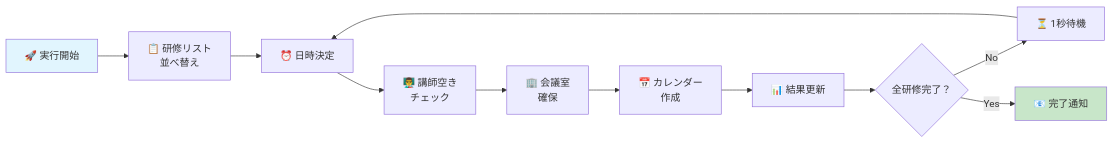
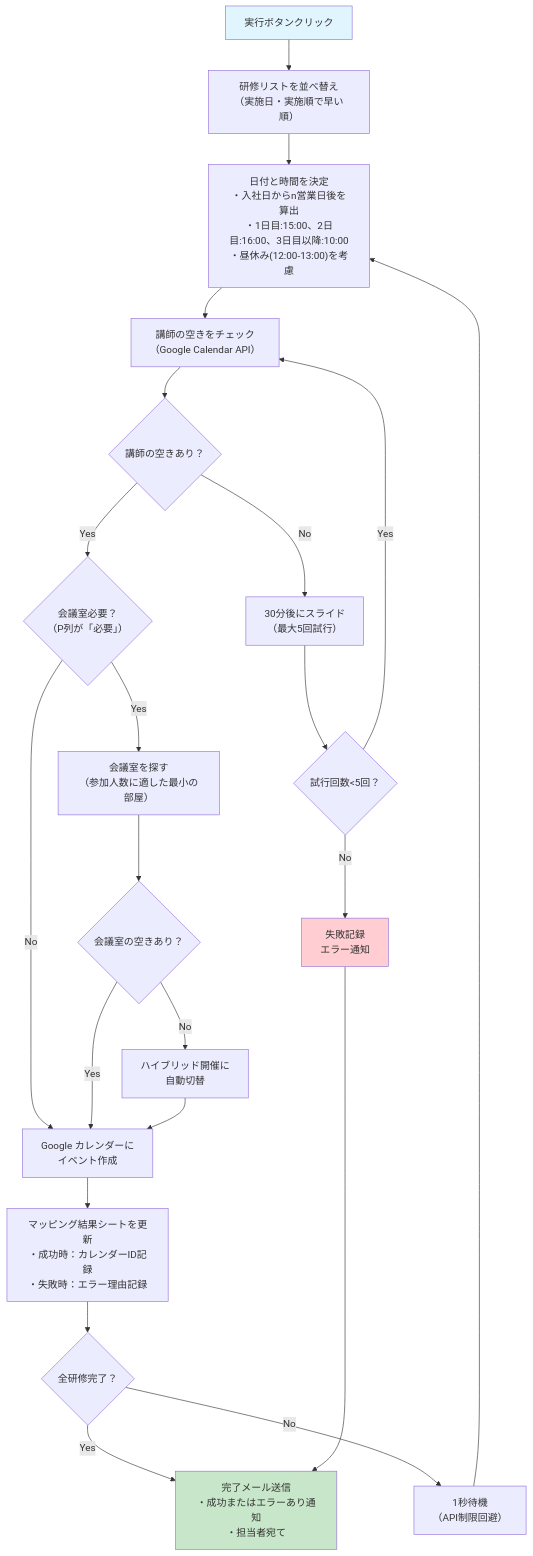
Diagram 11 of 11 in gas_calendar_automation.md (YutaImai-FLUX/flux_onb_automate), drawn with Mermaid before and after one commit. The commit also changed other lines of this file, not shown here.

Commit message:
目次9「業務改善インパクト」章を削除 - As-is/To-be観点での詳細な業務改善効果分析を削除 - 作業時間削減、ヒューマンエラー撲滅、コスト削減効果等の定量分析を削除 - ROI分析と投資対効果の詳細計算を削除 - ユーザーの要求により該当章を完全に削除

````diff
--- a/gas_calendar_automation.md
+++ b/gas_calendar_automation.md
@@ -739,16 +738,28 @@
 ```mermaid
-flowchart LR
-    A["🚀 実行開始"] --> B["📋 研修リスト<br/>並べ替え"]
-    B --> C["⏰ 日時決定"]
-    C --> D["👨‍🏫 講師空き<br/>チェック"]
-    D --> E["🏢 会議室<br/>確保"]
-    E --> F["📅 カレンダー<br/>作成"]
-    F --> G["📊 結果更新"]
-    G --> H{全研修完了？}
-    H -->|No| I["⏳ 1秒待機"]
-    I --> C
-    H -->|Yes| J["📧 完了通知"]
+flowchart TD
+    A["実行ボタンクリック"] --> B["研修リストを並べ替え<br/>（実施日・実施順で早い順）"]
+    B --> C["日付と時間を決定<br/>・入社日からn営業日後を算出<br/>・1日目:15:00、2日目:16:00、3日目以降:10:00<br/>・昼休み(12:00-13:00)を考慮"]
+    C --> D["講師の空きをチェック<br/>（Google Calendar API）"]
+    D --> E{講師の空きあり？}
+    E -->|No| F["30分後にスライド<br/>（最大5回試行）"]
+    F --> G{試行回数<5回？}
+    G -->|Yes| D
+    G -->|No| H["失敗記録<br/>エラー通知"]
+    E -->|Yes| I{会議室必要？<br/>（P列が「必要」）}
+    I -->|No| M["Google カレンダーに<br/>イベント作成"]
+    I -->|Yes| J["会議室を探す<br/>（参加人数に適した最小の部屋）"]
+    J --> K{会議室の空きあり？}
+    K -->|No| L["ハイブリッド開催に<br/>自動切替"]
+    K -->|Yes| M
+    L --> M
+    M --> N["マッピング結果シートを更新<br/>・成功時：カレンダーID記録<br/>・失敗時：エラー理由記録"]
+    N --> O{全研修完了？}
+    O -->|No| P["1秒待機<br/>（API制限回避）"]
+    P --> C
+    O -->|Yes| Q["完了メール送信<br/>・成功またはエラーあり通知<br/>・担当者宛て"]
+    H --> Q
     
     style A fill:#e1f5fe
-    style J fill:#c8e6c9
+    style Q fill:#c8e6c9
+    style H fill:#ffcdd2
 ```
````
